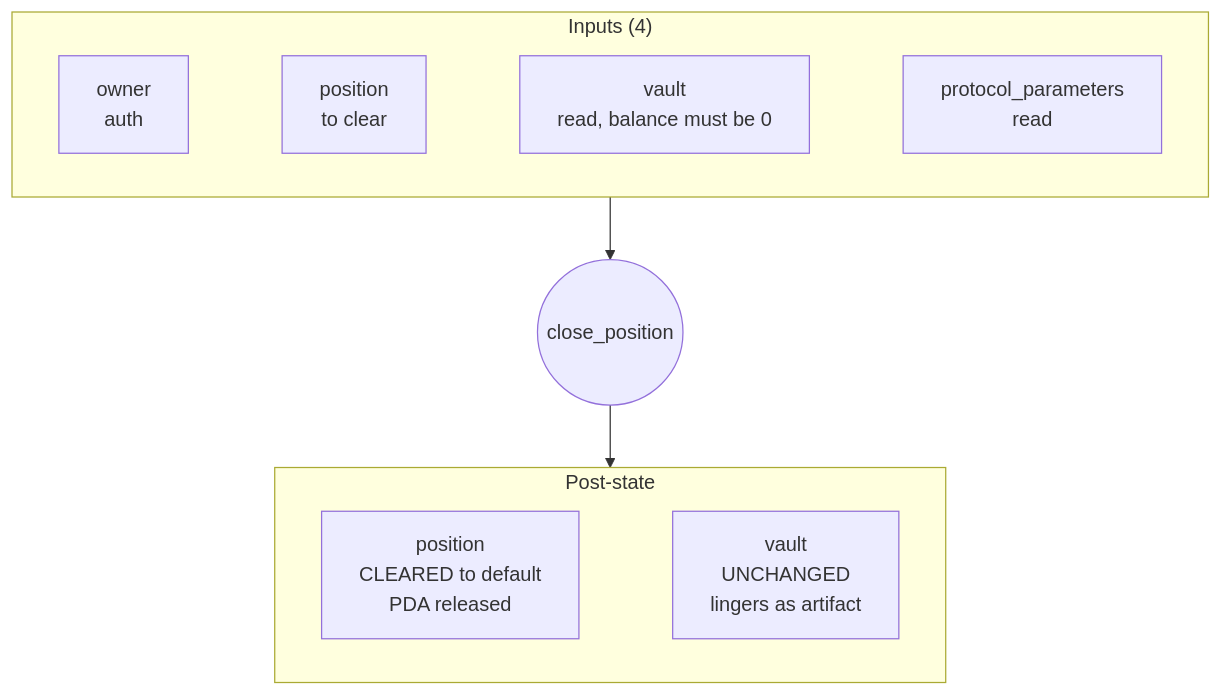
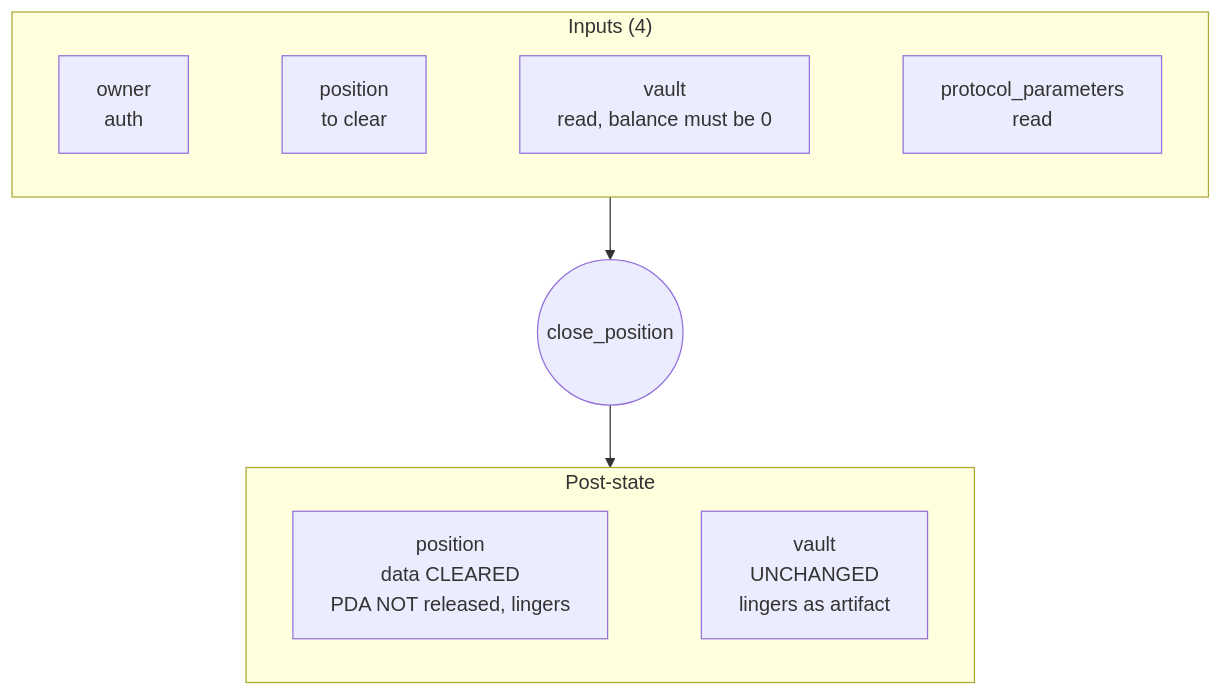
One commit to logos-blockchain/lez-programs changed diagram 12 of 14 in docs/stablecoin/README.md. Above: the diagram before and after it, drawn with Mermaid. The commit also changed other lines of this file, not shown here.

````diff
--- a/docs/stablecoin/README.md
+++ b/docs/stablecoin/README.md
@@ -1074,11 +1100,11 @@
 ```mermaid
 flowchart TD
     subgraph In["Inputs (4)"]
         a1[owner<br/>auth] ~~~ a2[position<br/>to clear] ~~~ a3[vault<br/>read, balance must be 0] ~~~ a4[protocol_parameters<br/>read]
     end
     subgraph Post["Post-state"]
-        p1[position<br/>CLEARED to default<br/>PDA released] ~~~ p2[vault<br/>UNCHANGED<br/>lingers as artifact]
+        p1[position<br/>data CLEARED<br/>PDA NOT released, lingers] ~~~ p2[vault<br/>UNCHANGED<br/>lingers as artifact]
     end
     In --> Ins((close_position))
     Ins --> Post
 ```
````
